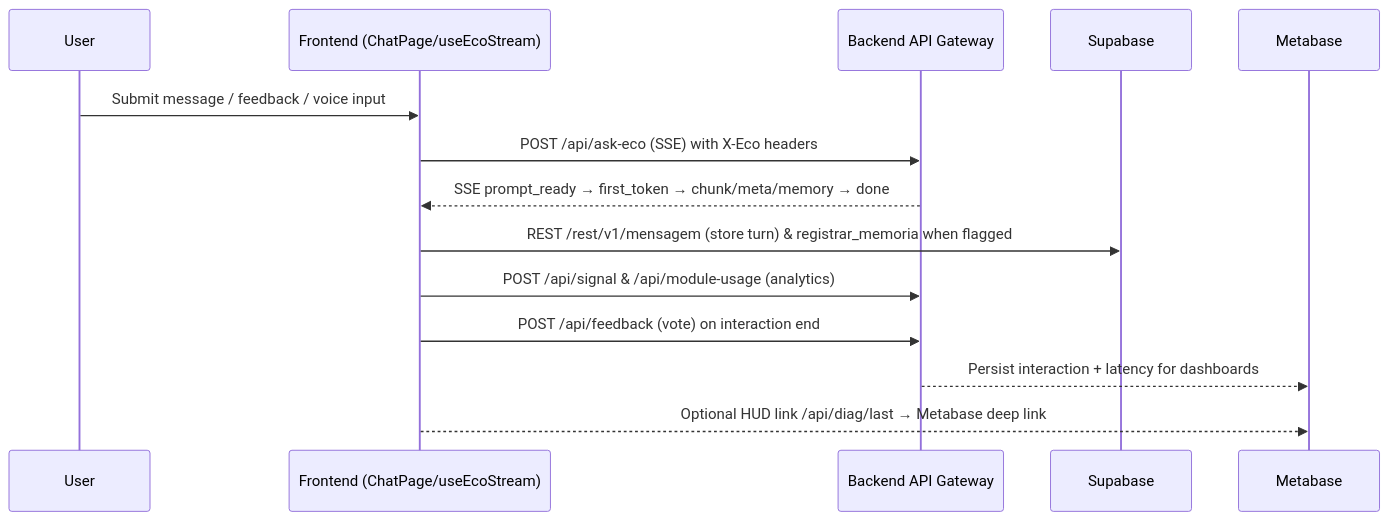
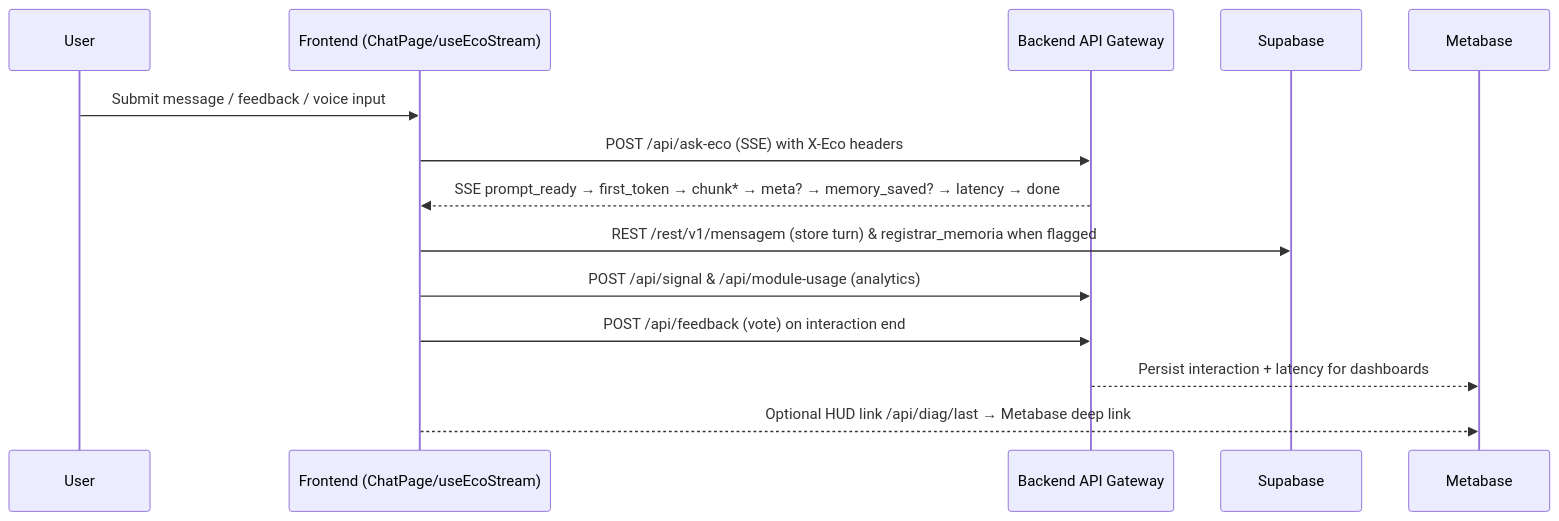
The diagram in ECO_System_1to1_Documentation.md (Bigajax/ecofrontend888), drawn with Mermaid before and after one commit. The commit also changed other lines of this file and 6 other files, not shown here.

Commit message:
Align SSE flow, similarity API, and guest headers

````diff
--- a/ECO_System_1to1_Documentation.md
+++ b/ECO_System_1to1_Documentation.md
@@ -57,17 +60,17 @@
 ```mermaid
 sequenceDiagram
   participant U as User
   participant FE as Frontend (ChatPage/useEcoStream)
   participant BE as Backend API Gateway
   participant DB as Supabase
   participant MB as Metabase
 
   U->>FE: Submit message / feedback / voice input
   FE->>BE: POST /api/ask-eco (SSE) with X-Eco headers
-  BE-->>FE: SSE prompt_ready → first_token → chunk/meta/memory → done
+  BE-->>FE: SSE prompt_ready → first_token → chunk* → meta? → memory_saved? → latency → done
   FE->>DB: REST /rest/v1/mensagem (store turn) & registrar_memoria when flagged
   FE->>BE: POST /api/signal & /api/module-usage (analytics)
   FE->>BE: POST /api/feedback (vote) on interaction end
   BE-->>MB: Persist interaction + latency for dashboards
   FE-->>MB: Optional HUD link /api/diag/last → Metabase deep link
 ```
````
